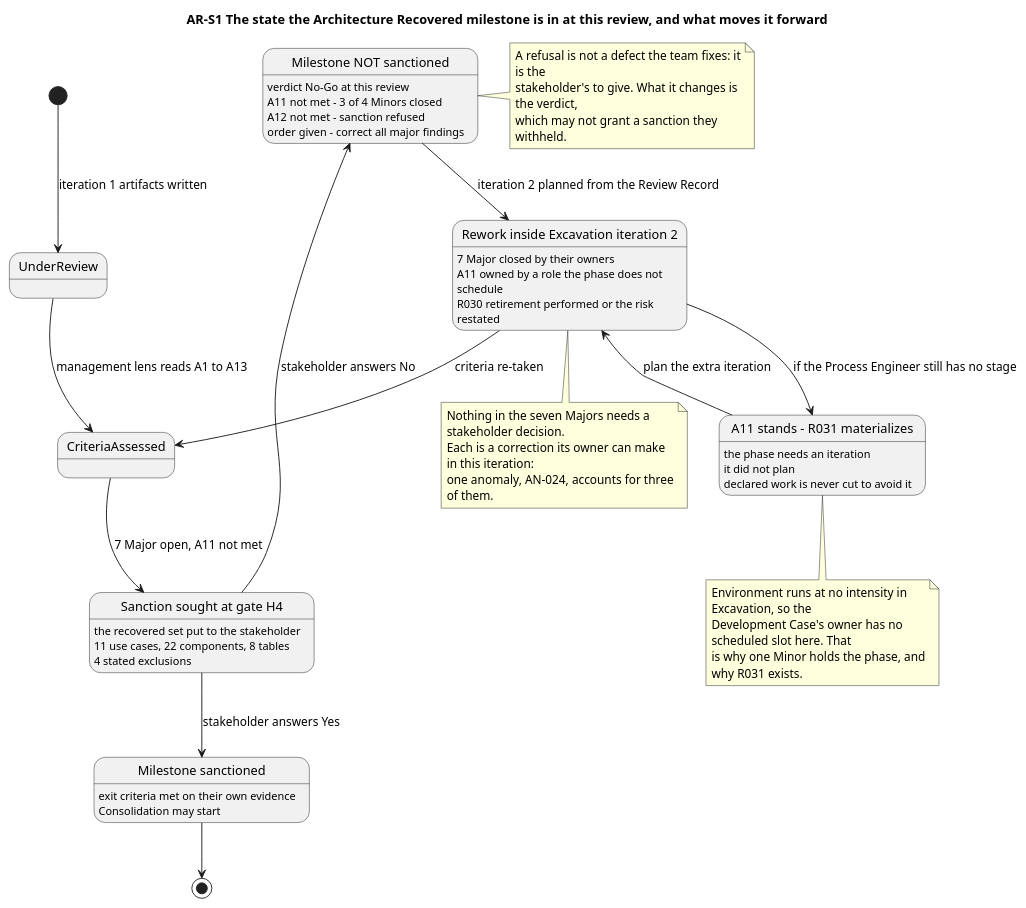
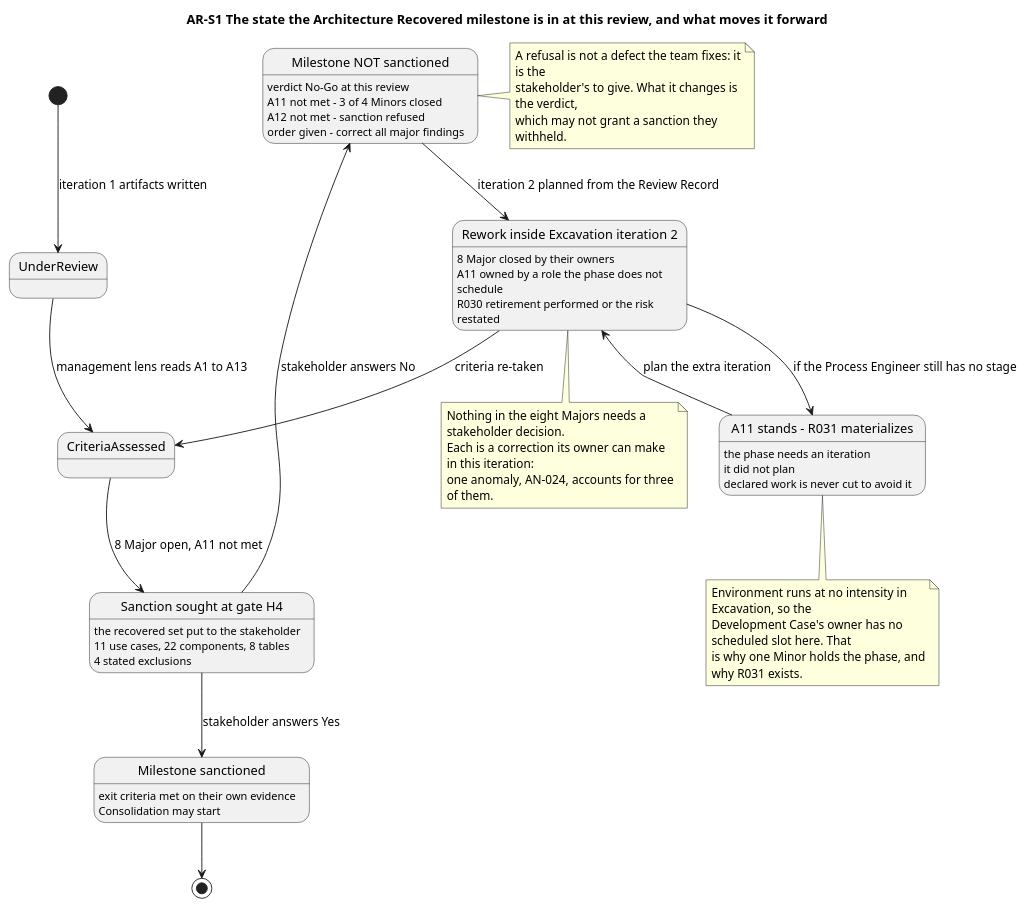
Before and after one commit to banense-test/TodoApp: the tenth of 13 diagrams in docs/artifacts/project-management/review-record.md, drawn with PlantUML. The commit also changed other lines of this file, not shown here.

Commit message:
Management Reviewer [Excavation1]: upsert Review Record
[skip ci]

````diff
--- a/docs/artifacts/project-management/review-record.md
+++ b/docs/artifacts/project-management/review-record.md
@@ -952,72 +952,72 @@
 ```plantuml
 @startuml
 title AR-S1 The state the Architecture Recovered milestone is in at this review, and what moves it forward
 
 skinparam shadowing false
 skinparam wrapWidth 250
 
 [*] --> UnderReview : iteration 1 artifacts written
 UnderReview --> CriteriaAssessed : management lens reads A1 to A13
-CriteriaAssessed --> SanctionSought : 7 Major open, A11 not met
+CriteriaAssessed --> SanctionSought : 8 Major open, A11 not met
 
 state "Sanction sought at gate H4" as SanctionSought {
   SanctionSought : the recovered set put to the stakeholder
   SanctionSought : 11 use cases, 22 components, 8 tables
   SanctionSought : 4 stated exclusions
 }
 
 SanctionSought --> Refused : stakeholder answers No
 SanctionSought --> Sanctioned : stakeholder answers Yes
 
 state "Milestone NOT sanctioned" as Refused {
   Refused : verdict No-Go at this review
   Refused : A11 not met - 3 of 4 Minors closed
   Refused : A12 not met - sanction refused
   Refused : order given - correct all major findings
 }
 
 state "Rework inside Excavation iteration 2" as Rework {
-  Rework : 7 Major closed by their owners
+  Rework : 8 Major closed by their owners
   Rework : A11 owned by a role the phase does not schedule
   Rework : R030 retirement performed or the risk restated
 }
 
 Refused --> Rework : iteration 2 planned from the Review Record
 Rework --> CriteriaAssessed : criteria re-taken
 Rework --> PlanA11 : if the Process Engineer still has no stage
 
 state "A11 stands - R031 materializes" as PlanA11 {
   PlanA11 : the phase needs an iteration
   PlanA11 : it did not plan
   PlanA11 : declared work is never cut to avoid it
 }
 
 PlanA11 --> Rework : plan the extra iteration
 
 state "Milestone sanctioned" as Sanctioned {
   Sanctioned : exit criteria met on their own evidence
   Sanctioned : Consolidation may start
 }
 
 Sanctioned --> [*]
 
 note right of Refused
   A refusal is not a defect the team fixes: it is the
   stakeholder's to give. What it changes is the verdict,
   which may not grant a sanction they withheld.
 end note
 
 note bottom of Rework
-  Nothing in the seven Majors needs a stakeholder decision.
+  Nothing in the eight Majors needs a stakeholder decision.
   Each is a correction its owner can make in this iteration:
   one anomaly, AN-024, accounts for three of them.
 end note
 
 note bottom of PlanA11
   Environment runs at no intensity in Excavation, so the
   Development Case's owner has no scheduled slot here. That
   is why one Minor holds the phase, and why R031 exists.
 end note
 
 @enduml
 ```
````
